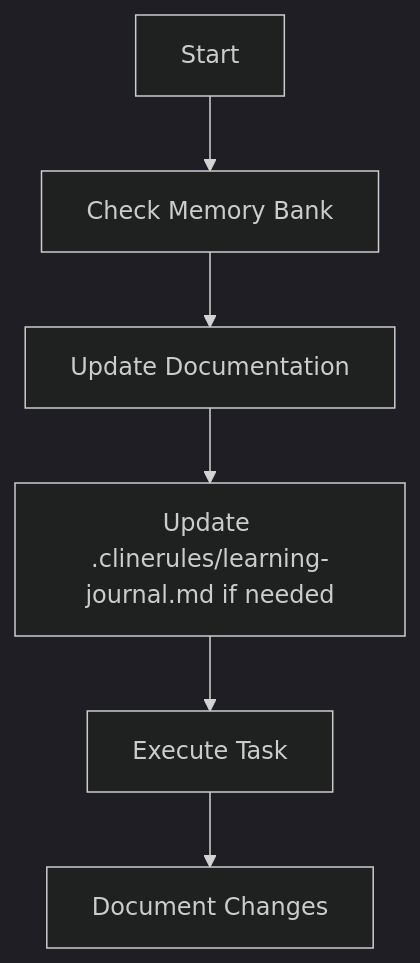
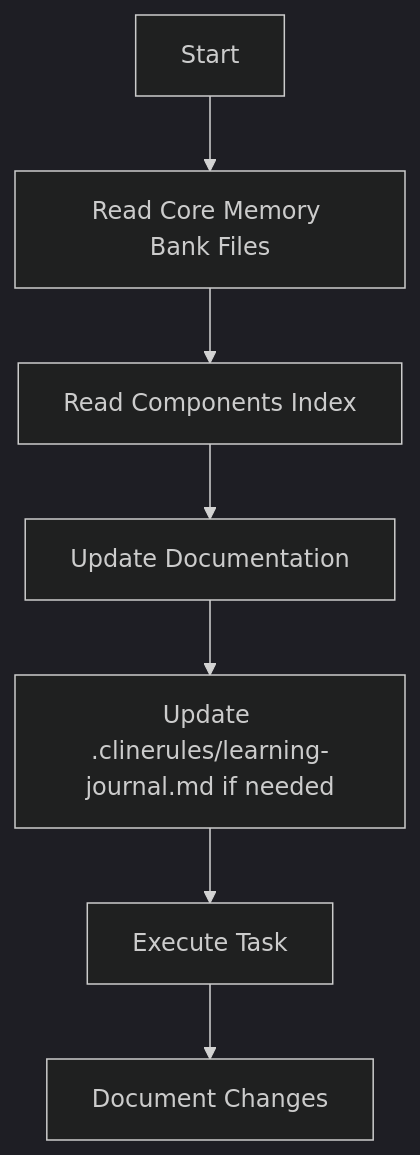
One commit to gitpod-io/gitpod changed the third of 5 diagrams in .clinerules/memory-bank.md. Above: the diagram before and after it, drawn with Mermaid (dark theme). The commit also changed other lines of this file and 1 other file, not shown here.

Commit message:
Memory bank: component index

````diff
--- a/.clinerules/memory-bank.md
+++ b/.clinerules/memory-bank.md
@@ -90,8 +100,9 @@
 ```mermaid
 flowchart TD
-    Start[Start] --> Context[Check Memory Bank]
-    Context --> Update[Update Documentation]
+    Start[Start] --> Context[Read Core Memory Bank Files]
+    Context --> ReadIndex[Read Components Index]
+    ReadIndex --> Update[Update Documentation]
     Update --> Rules[Update .clinerules/learning-journal.md if needed]
     Rules --> Execute[Execute Task]
     Execute --> Document[Document Changes]
 ```
````
